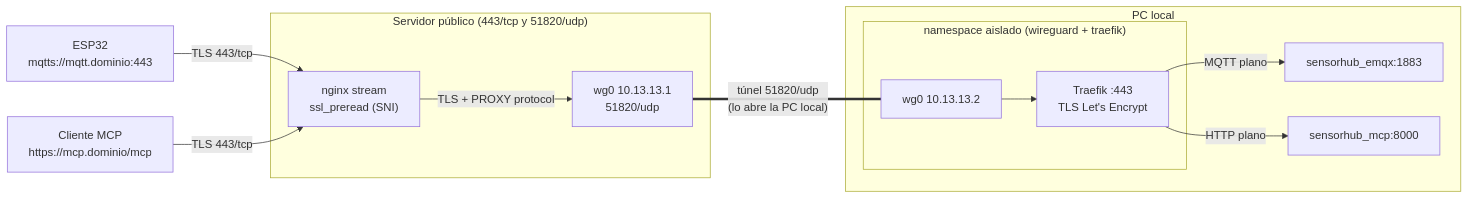
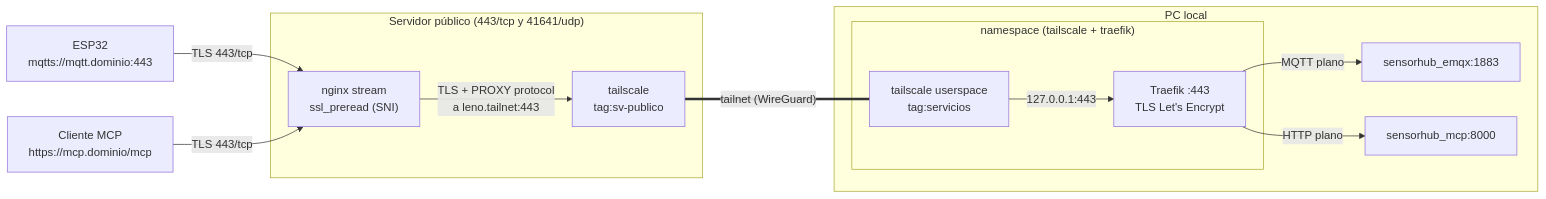
One commit to tpII/2026-g4-sensorhub changed the diagram in Stack/tunel-local/README.md. Above: the diagram before and after it, drawn with Mermaid. The commit also changed other lines of this file and 15 other files, not shown here.

Commit message:
exponer servicios con vps y tailscale

````diff
--- a/Stack/tunel-local/README.md
+++ b/Stack/tunel-local/README.md
@@ -16,27 +16,27 @@
 ```mermaid
 flowchart LR
     ESP["ESP32<br/>mqtts://mqtt.dominio:443"]
     LLM["Cliente MCP<br/>https://mcp.dominio/mcp"]
 
-    subgraph PUB["Servidor público (443/tcp y 51820/udp)"]
+    subgraph PUB["Servidor público (443/tcp y 41641/udp)"]
         NGX["nginx stream<br/>ssl_preread (SNI)"]
-        WGS["wg0 10.13.13.1<br/>51820/udp"]
+        TSS["tailscale<br/>tag:sv-publico"]
     end
 
     subgraph LOCAL["PC local"]
-        subgraph NS["namespace aislado (wireguard + traefik)"]
-            WGC["wg0 10.13.13.2"]
+        subgraph NS["namespace (tailscale + traefik)"]
+            TSC["tailscale userspace<br/>tag:servicios"]
             TRK["Traefik :443<br/>TLS Let's Encrypt"]
         end
         EMQX["sensorhub_emqx:1883"]
         MCP["sensorhub_mcp:8000"]
     end
 
     ESP -->|"TLS 443/tcp"| NGX
     LLM -->|"TLS 443/tcp"| NGX
-    NGX -->|"TLS + PROXY protocol"| WGS
-    WGS ===|"túnel 51820/udp<br/>(lo abre la PC local)"| WGC
-    WGC --> TRK
+    NGX -->|"TLS + PROXY protocol<br/>a leno.tailnet:443"| TSS
+    TSS ===|"tailnet (WireGuard)"| TSC
+    TSC -->|"127.0.0.1:443"| TRK
     TRK -->|"MQTT plano"| EMQX
     TRK -->|"HTTP plano"| MCP
 ```
````
